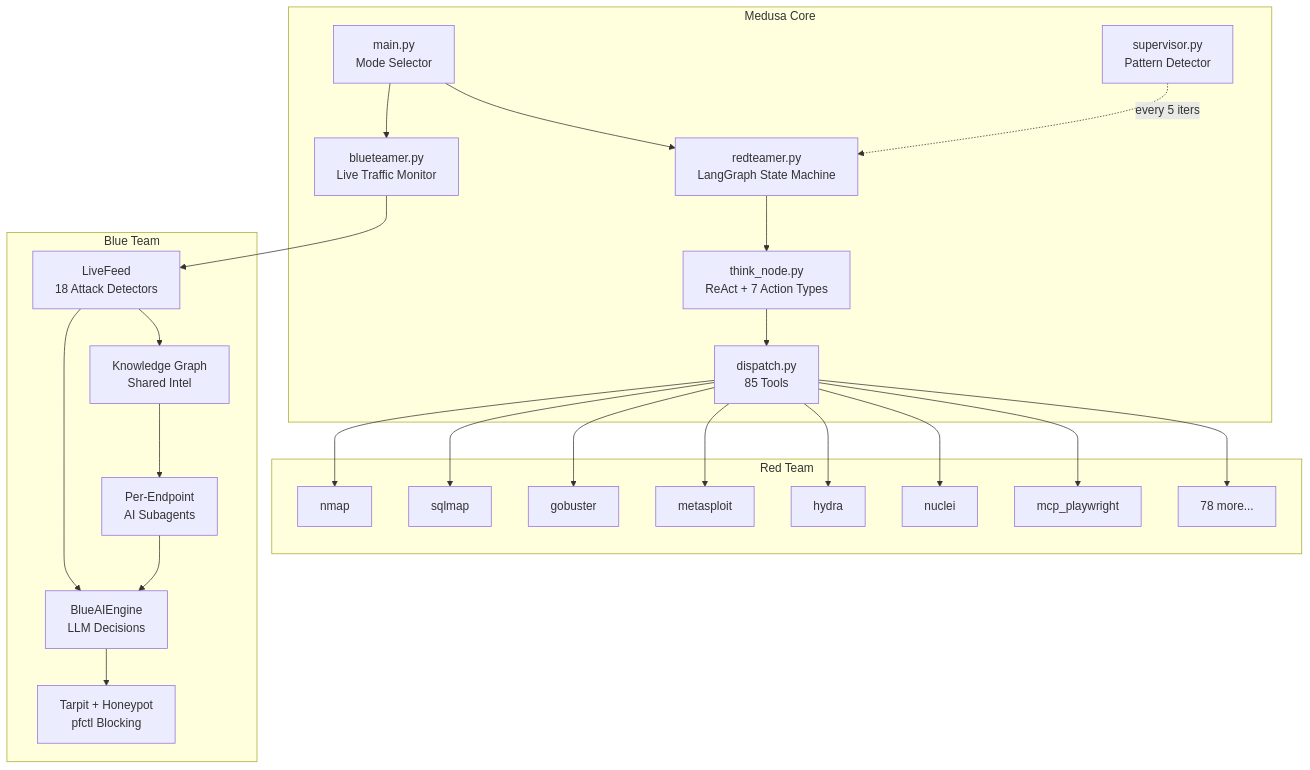
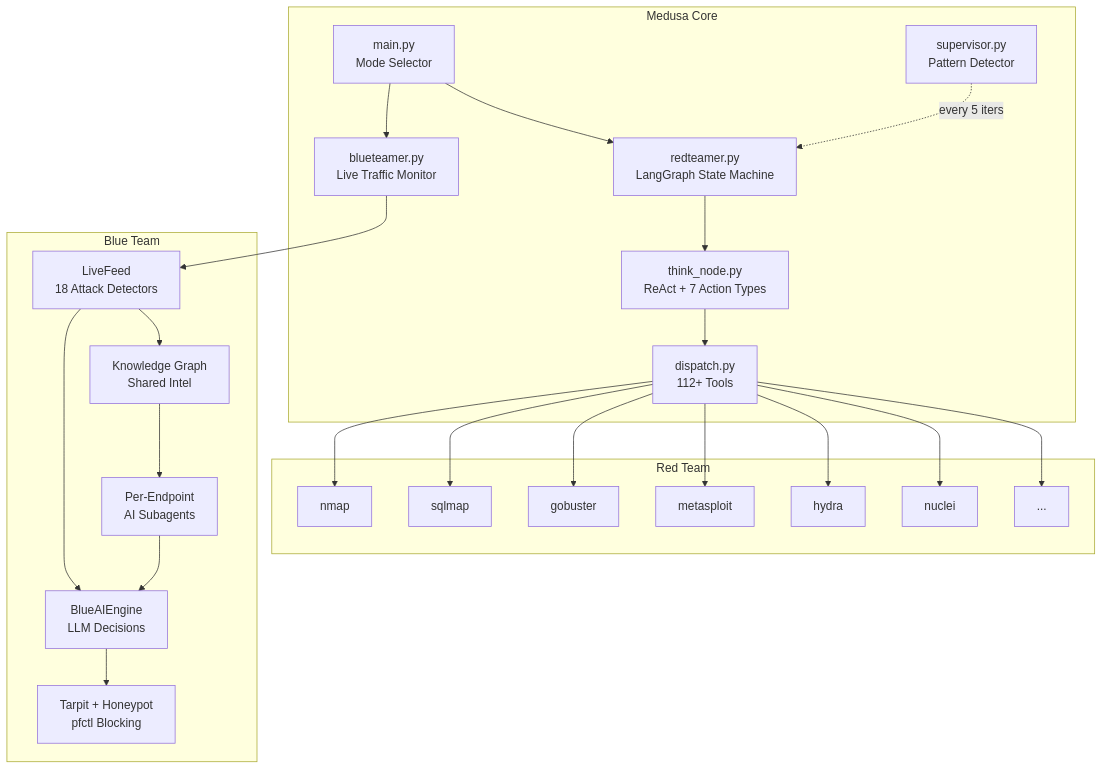
One commit to 0xwi11iam/Medusa changed the diagram in README.md. Above: the diagram before and after it, drawn with Mermaid. The commit also changed other lines of this file and 17 other files, not shown here.

````diff
--- a/README.md
+++ b/README.md
@@ -273,30 +342,29 @@
 ```mermaid
 graph TB
     subgraph "Medusa Core"
         MAIN[main.py<br/>Mode Selector]
         RED[redteamer.py<br/>LangGraph State Machine]
         BLUE[blueteamer.py<br/>Live Traffic Monitor]
         THINK[think_node.py<br/>ReAct + 7 Action Types]
-        TOOLS[dispatch.py<br/>85 Tools]
+        TOOLS[dispatch.py<br/>112+ Tools]
         SUP[supervisor.py<br/>Pattern Detector]
     end
     subgraph "Red Team"
         NMAP[nmap] & SQLMAP[sqlmap] & GOBUSTER[gobuster]
         META[metasploit] & HYDRA[hydra] & NUCLEI[nuclei]
-        PLAY[mcp_playwright]
-        MORE[78 more...]
+        MORE[...]
     end
     subgraph "Blue Team"
         FEED[LiveFeed<br/>18 Attack Detectors]
         AI[BlueAIEngine<br/>LLM Decisions]
         KG2[Knowledge Graph<br/>Shared Intel]
         DECEIVE[Tarpit + Honeypot<br/>pfctl Blocking]
         SUB[Per-Endpoint<br/>AI Subagents]
     end
     MAIN --> RED & BLUE
     RED --> THINK --> TOOLS
     BLUE --> FEED --> AI --> DECEIVE
     FEED --> KG2 --> SUB --> AI
-    TOOLS --> NMAP & SQLMAP & GOBUSTER & META & HYDRA & NUCLEI & PLAY & MORE
+    TOOLS --> NMAP & SQLMAP & GOBUSTER & META & HYDRA & NUCLEI & MORE
     SUP -.->|every 5 iters| RED
 ```
````
